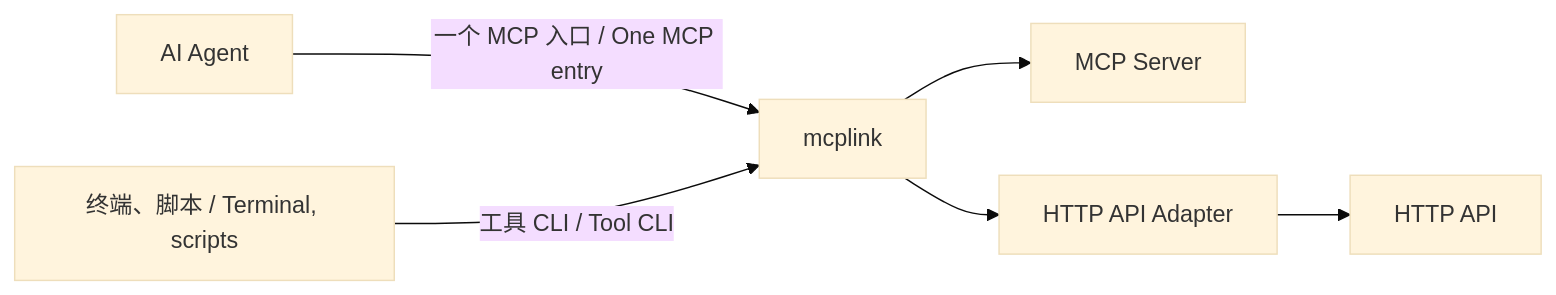
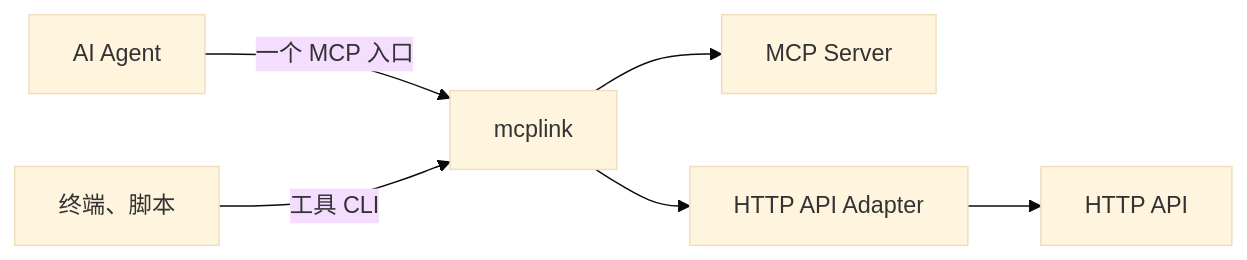
The diagram in README.md (sw897/mcplink), drawn with Mermaid (base theme) before and after one commit. The commit also changed other lines of this file and 3 other files, not shown here.

````diff
--- a/README.md
+++ b/README.md
@@ -26,8 +24,8 @@
 ```mermaid
 flowchart LR
-    Agent["AI Agent"] -->|"一个 MCP 入口 / One MCP entry"| Gateway["mcplink"]
-    Terminal["终端、脚本 / Terminal, scripts"] -->|"工具 CLI / Tool CLI"| Gateway
+    Agent["AI Agent"] -->|"一个 MCP 入口"| Gateway["mcplink"]
+    Terminal["终端、脚本"] -->|"工具 CLI"| Gateway
     Gateway --> MCP["MCP Server"]
     Gateway --> Adapter["HTTP API Adapter"]
     Adapter --> API["HTTP API"]
 ```
````
